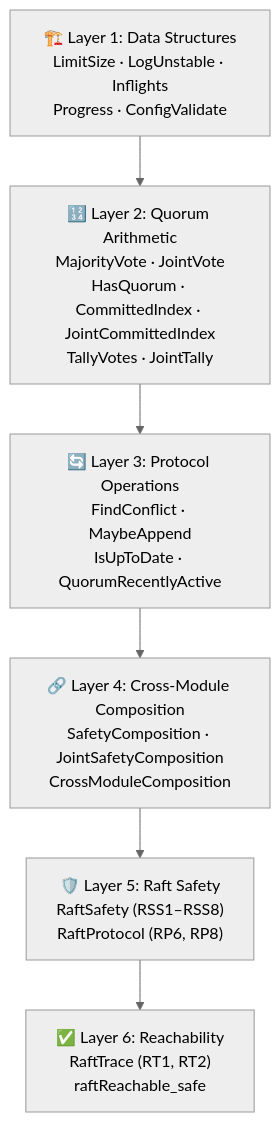
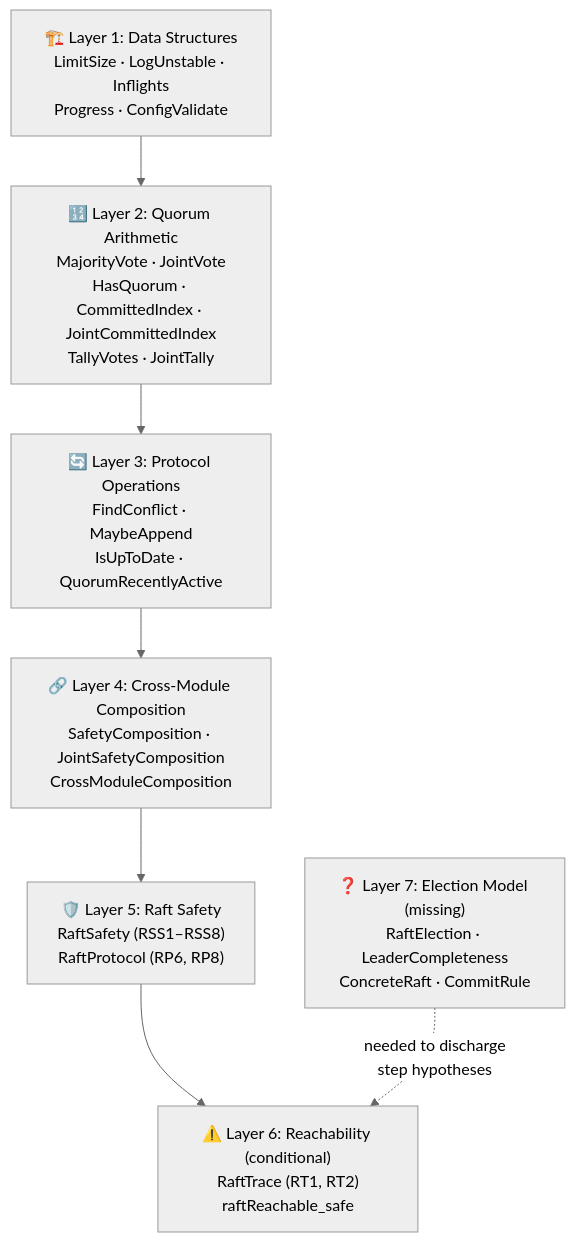
Before and after one commit to dsyme/fv-squad: the first of 10 diagrams in formal-verification/REPORT.md, drawn with Mermaid (neutral theme). The commit also changed other lines of this file and 2 other files, not shown here.

````diff
--- a/formal-verification/REPORT.md
+++ b/formal-verification/REPORT.md
@@ -33,15 +70,17 @@
 ```mermaid
 graph TD
     A["🏗️ Layer 1: Data Structures<br/>LimitSize · LogUnstable · Inflights<br/>Progress · ConfigValidate"]
     B["🔢 Layer 2: Quorum Arithmetic<br/>MajorityVote · JointVote<br/>HasQuorum · CommittedIndex · JointCommittedIndex<br/>TallyVotes · JointTally"]
     C["🔄 Layer 3: Protocol Operations<br/>FindConflict · MaybeAppend<br/>IsUpToDate · QuorumRecentlyActive"]
     D["🔗 Layer 4: Cross-Module Composition<br/>SafetyComposition · JointSafetyComposition<br/>CrossModuleComposition"]
     E["🛡️ Layer 5: Raft Safety<br/>RaftSafety (RSS1–RSS8)<br/>RaftProtocol (RP6, RP8)"]
-    F["✅ Layer 6: Reachability<br/>RaftTrace (RT1, RT2)<br/>raftReachable_safe"]
+    F["⚠️ Layer 6: Reachability (conditional)<br/>RaftTrace (RT1, RT2)<br/>raftReachable_safe"]
+    G["❓ Layer 7: Election Model (missing)<br/>RaftElection · LeaderCompleteness<br/>ConcreteRaft · CommitRule"]
 
     A --> B
     B --> C
     C --> D
     D --> E
     E --> F
+    G -.->|"needed to discharge<br/>step hypotheses"| F
 ```
````
